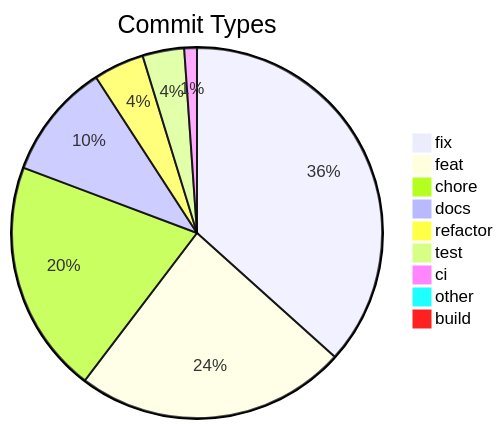
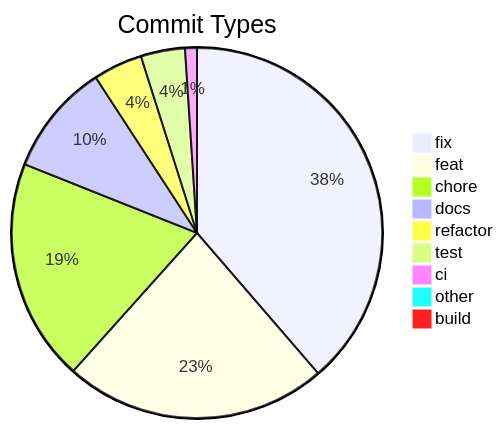
One commit to svenroth-ai/shipwright-webui changed the diagram in .shipwright/compliance/change-history.md. Above: the diagram before and after it, drawn with Mermaid. The commit also changed other lines of this file and 17 other files, not shown here.

````diff
--- a/.shipwright/compliance/change-history.md
+++ b/.shipwright/compliance/change-history.md
@@ -8,12 +8,12 @@
 ```mermaid
 pie title Commit Types
-    "fix" : 232
-    "feat" : 150
-    "chore" : 129
-    "docs" : 64
-    "refactor" : 28
-    "test" : 23
+    "fix" : 261
+    "feat" : 155
+    "chore" : 131
+    "docs" : 66
+    "refactor" : 29
+    "test" : 26
     "ci" : 7
     "other" : 4
     "build" : 1
 ```
````
